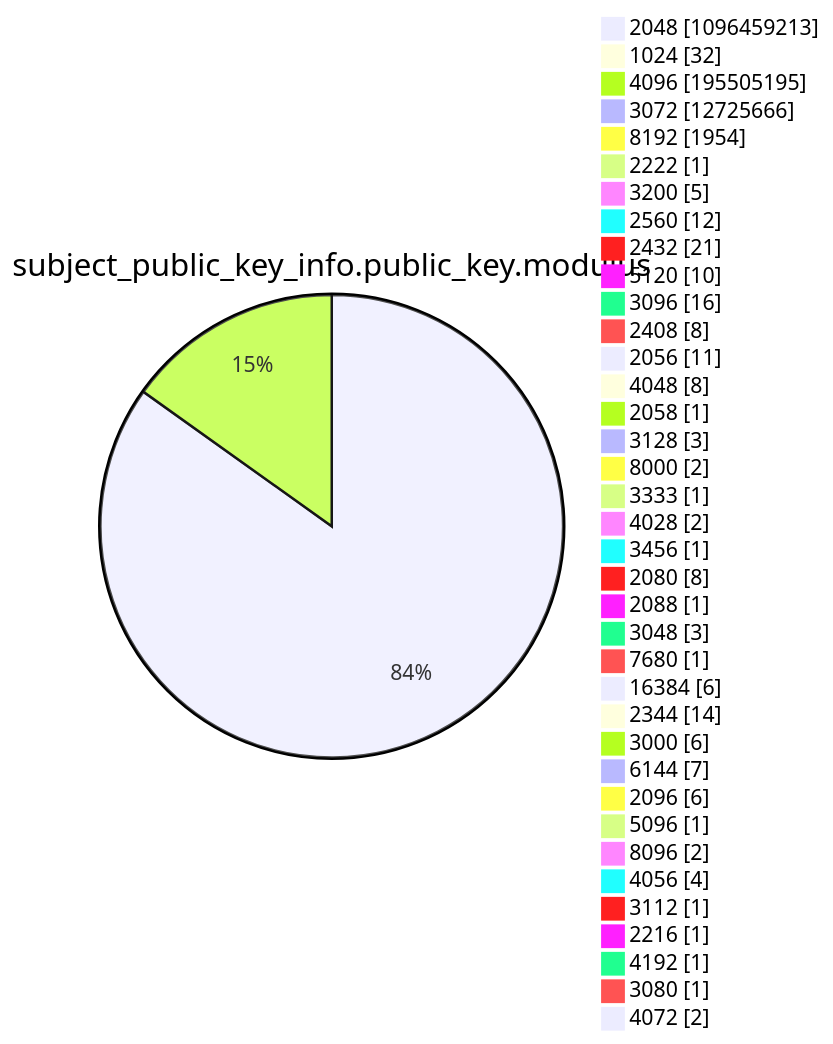
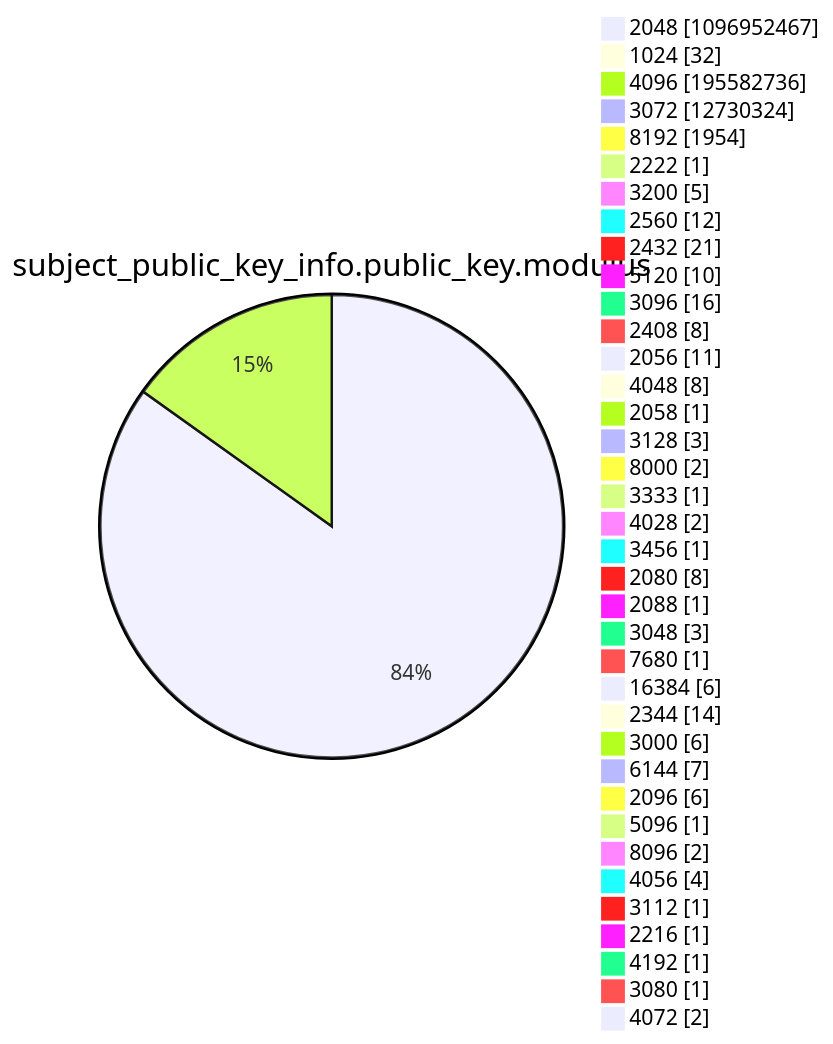
Diagram 13 of 15 in argon2022/README.md (christiankrug/ctmonitor_visualization), drawn with Mermaid before and after one commit. The commit also changed other lines of this file, not shown here.

````diff
--- a/argon2022/README.md
+++ b/argon2022/README.md
@@ -3589,41 +3589,41 @@
 ```mermaid
 pie showData
 title subject_public_key_info.public_key.modulus
-"2048" :1096459213
+"2048" :1096952467
 "1024" :32
-"4096" :195505195
-"3072" :12725666
+"4096" :195582736
+"3072" :12730324
 "8192" :1954
 "2222" :1
 "3200" :5
 "2560" :12
 "2432" :21
 "5120" :10
 "3096" :16
 "2408" :8
 "2056" :11
 "4048" :8
 "2058" :1
 "3128" :3
 "8000" :2
 "3333" :1
 "4028" :2
 "3456" :1
 "2080" :8
 "2088" :1
 "3048" :3
 "7680" :1
 "16384" :6
 "2344" :14
 "3000" :6
 "6144" :7
 "2096" :6
 "5096" :1
 "8096" :2
 "4056" :4
 "3112" :1
 "2216" :1
 "4192" :1
 "3080" :1
 "4072" :2
 ```
````
